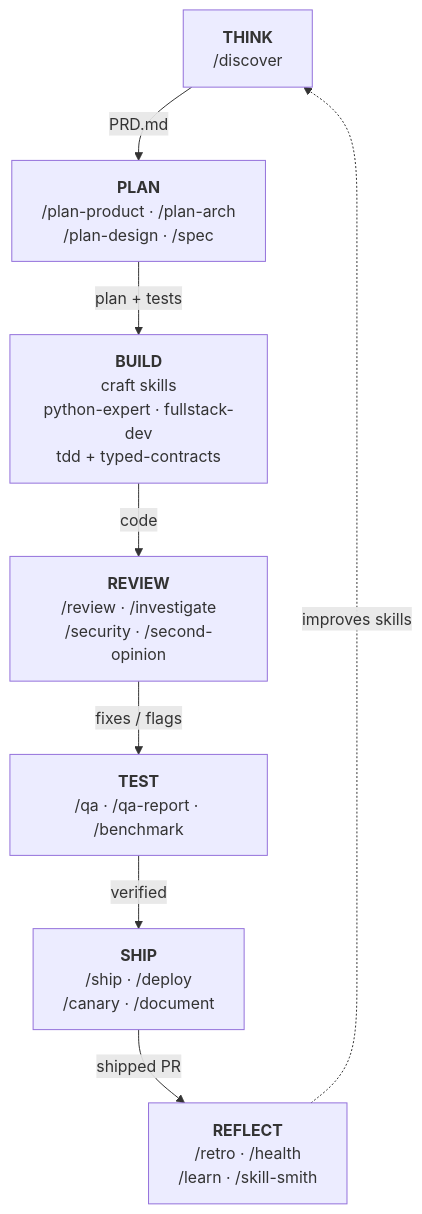
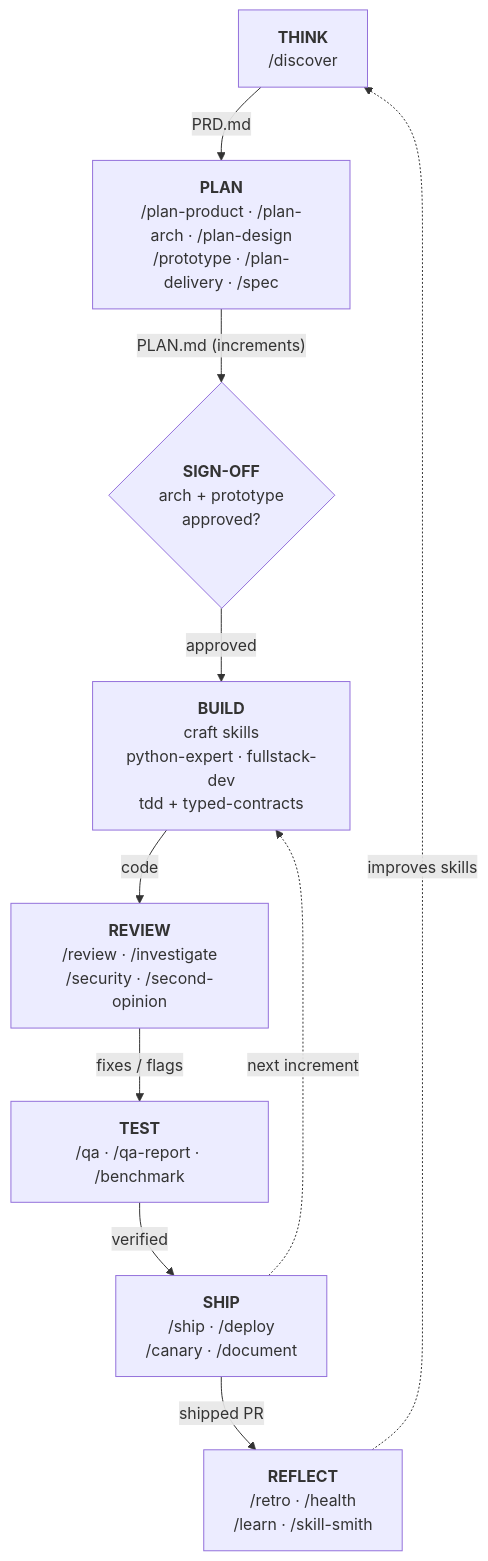
Before and after one commit to rahulgupta2018/ai-software-factory: the diagram in docs/implementation-plan.md, drawn with Mermaid. The commit also changed other lines of this file and 51 other files, not shown here.

````diff
--- a/docs/implementation-plan.md
+++ b/docs/implementation-plan.md
@@ -124,18 +124,21 @@
 ```mermaid
 flowchart TB
     T["<b>THINK</b><br/>/discover"]
-    P["<b>PLAN</b><br/>/plan-product · /plan-arch<br/>/plan-design · /spec"]
+    P["<b>PLAN</b><br/>/plan-product · /plan-arch · /plan-design<br/>/prototype · /plan-delivery · /spec"]
+    G{"<b>SIGN-OFF</b><br/>arch + prototype<br/>approved?"}
     B["<b>BUILD</b><br/>craft skills<br/>python-expert · fullstack-dev<br/>tdd + typed-contracts"]
     R["<b>REVIEW</b><br/>/review · /investigate<br/>/security · /second-opinion"]
     Q["<b>TEST</b><br/>/qa · /qa-report · /benchmark"]
     S["<b>SHIP</b><br/>/ship · /deploy<br/>/canary · /document"]
     F["<b>REFLECT</b><br/>/retro · /health<br/>/learn · /skill-smith"]
 
     T -->|"PRD.md"| P
-    P -->|"plan + tests"| B
+    P -->|"PLAN.md (increments)"| G
+    G -->|"approved"| B
     B -->|"code"| R
     R -->|"fixes / flags"| Q
     Q -->|"verified"| S
     S -->|"shipped PR"| F
+    S -.->|"next increment"| B
     F -.->|"improves skills"| T
 ```
````
